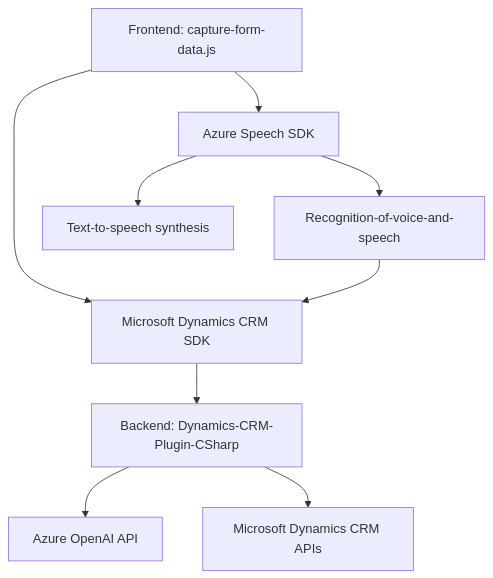
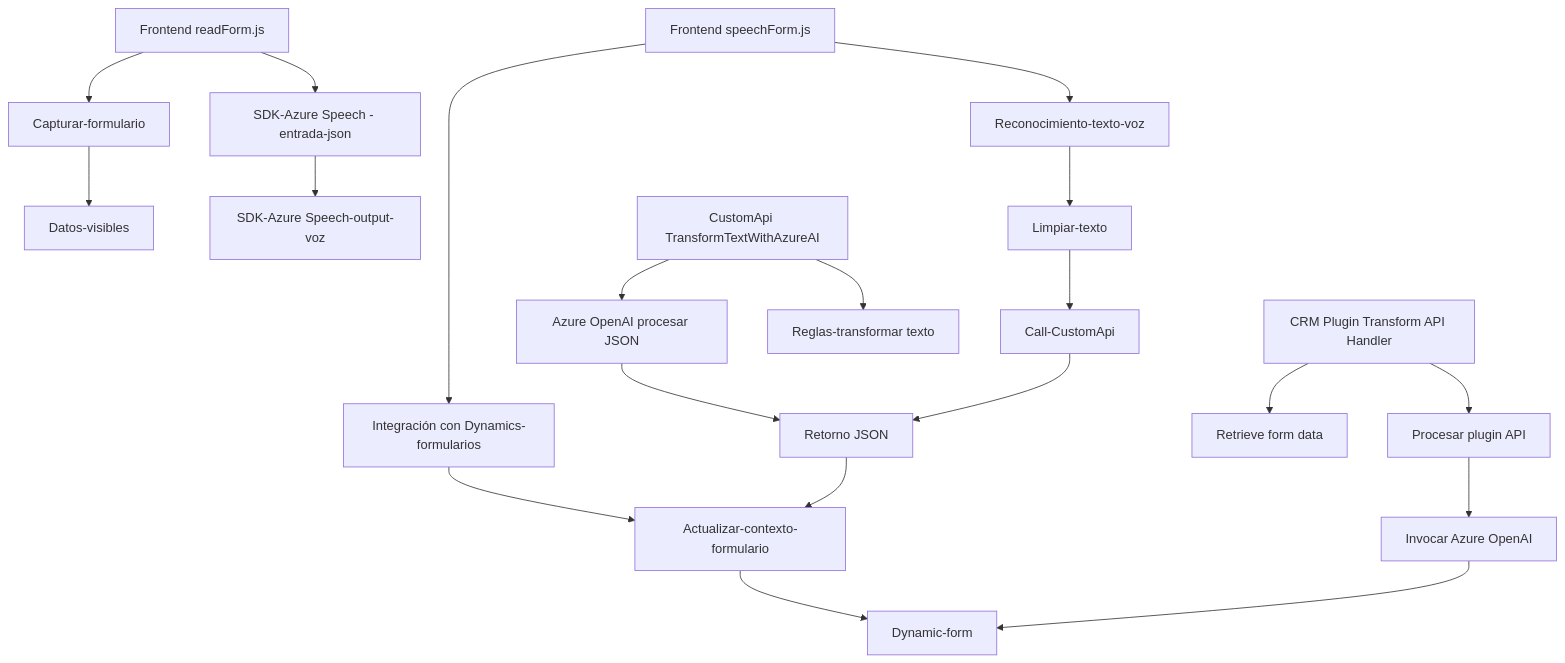
The diagram in README.md (blopezdm/NETCORE_BILBAO2025), drawn with Mermaid before and after one commit. The commit also changed other lines of this file, not shown here.

Commit message:
Actualizar análisis global de la solución con IA

````diff
--- a/README.md
+++ b/README.md
@@ -73,13 +53,27 @@
 ```mermaid
 graph TD
-    A["Frontend: capture-form-data.js"] --> B["Azure Speech SDK"]
-    B --> C["Recognition-of-voice-and-speech"]
-    B --> D["Text-to-speech synthesis"]
+    A[Frontend readForm.js] --> B["Capturar-formulario"]
+    A --> C["SDK-Azure Speech - entrada-json"]
+    B --> D["Datos-visibles"]
+    C --> E["SDK-Azure Speech-output-voz"]
 
-    A --> E["Microsoft Dynamics CRM SDK"]
-    C --> E
+    F[Frontend speechForm.js] --> G["Reconocimiento-texto-voz"]
+    F --> H["Integración con Dynamics-formularios"]
+    G --> I["Limpiar-texto"]
+    I --> J["Call-CustomApi"]
 
-    E --> F["Backend: Dynamics-CRM-Plugin-CSharp"]
-    F --> G["Azure OpenAI API"]
-    F --> H["Microsoft Dynamics CRM APIs"]
+    K[CustomApi TransformTextWithAzureAI] --> L["Azure OpenAI procesar JSON"]
+    K --> M["Reglas-transformar texto"]
+    L --> N["Retorno JSON"]
+    
+    H --> O["Actualizar-contexto-formulario"]
+    J --> N
+    N --> O
+    
+    P[CRM Plugin Transform API Handler] --> Q[Retrieve form data]
+    P --> R["Procesar plugin API"]
+    R --> S["Invocar Azure OpenAI"]
+    
+    O --> T[Dynamic-form]
+    S --> T
 ```
````
